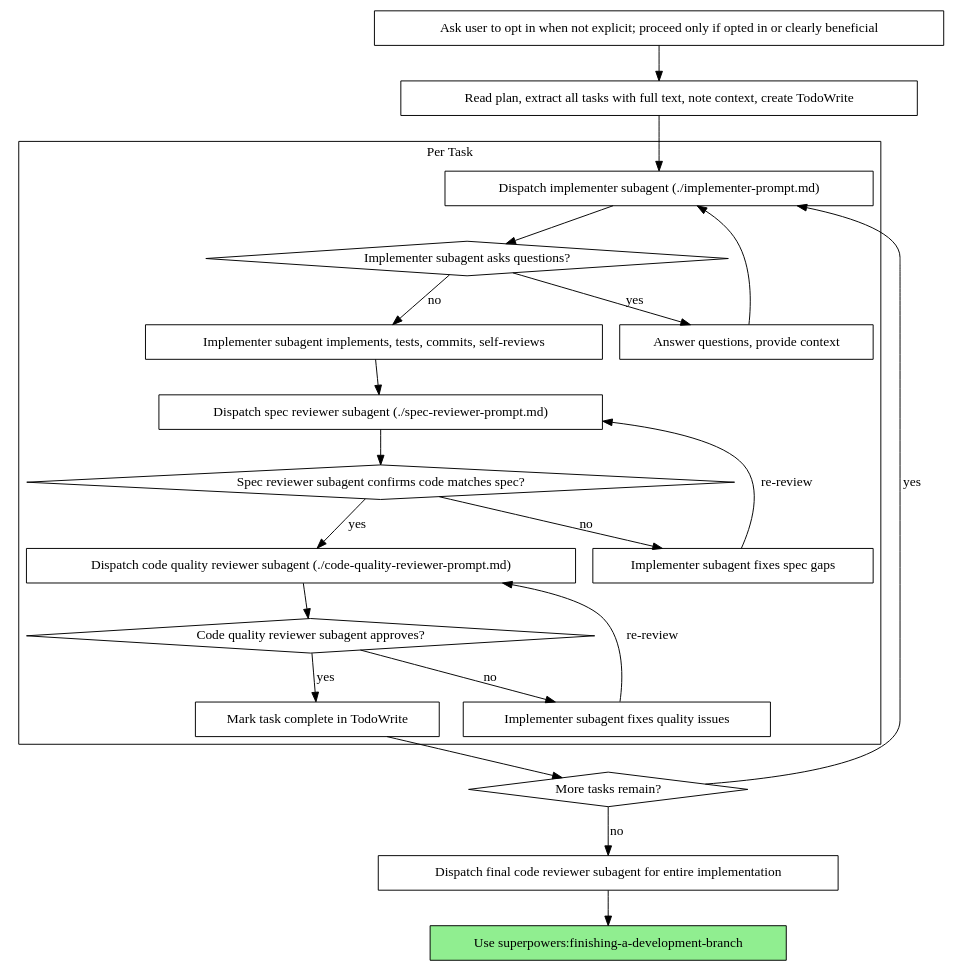
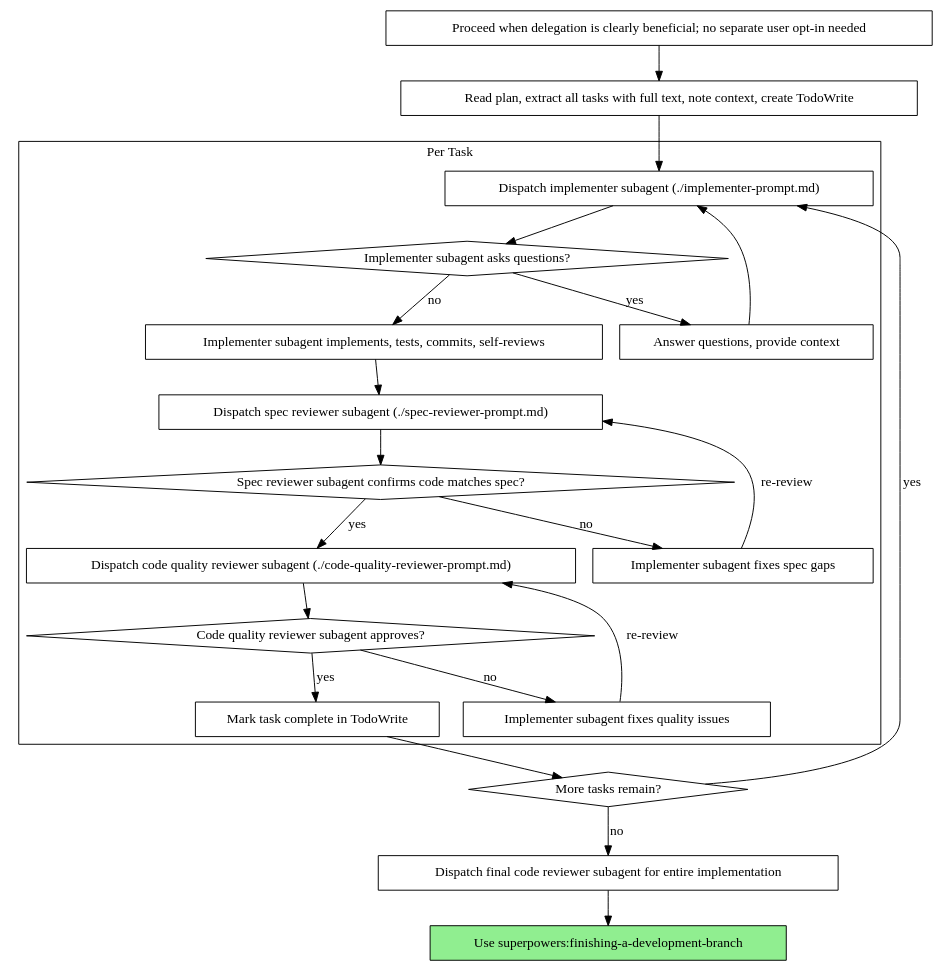
The second of 2 diagrams in skills/subagent-driven-development/SKILL.md (Ayagikei/superpowers), drawn with Graphviz before and after one commit. The commit also changed other lines of this file and 2 other files, not shown here.

````diff
--- a/skills/subagent-driven-development/SKILL.md
+++ b/skills/subagent-driven-development/SKILL.md
@@ -62,46 +62,46 @@
 ```dot
 digraph process {
     rankdir=TB;
 
     subgraph cluster_per_task {
         label="Per Task";
         "Dispatch implementer subagent (./implementer-prompt.md)" [shape=box];
         "Implementer subagent asks questions?" [shape=diamond];
         "Answer questions, provide context" [shape=box];
         "Implementer subagent implements, tests, commits, self-reviews" [shape=box];
         "Dispatch spec reviewer subagent (./spec-reviewer-prompt.md)" [shape=box];
         "Spec reviewer subagent confirms code matches spec?" [shape=diamond];
         "Implementer subagent fixes spec gaps" [shape=box];
         "Dispatch code quality reviewer subagent (./code-quality-reviewer-prompt.md)" [shape=box];
         "Code quality reviewer subagent approves?" [shape=diamond];
         "Implementer subagent fixes quality issues" [shape=box];
         "Mark task complete in TodoWrite" [shape=box];
     }
 
-    "Ask user to opt in when not explicit; proceed only if opted in or clearly beneficial" [shape=box];
+    "Proceed when delegation is clearly beneficial; no separate user opt-in needed" [shape=box];
     "Read plan, extract all tasks with full text, note context, create TodoWrite" [shape=box];
     "More tasks remain?" [shape=diamond];
     "Dispatch final code reviewer subagent for entire implementation" [shape=box];
     "Use superpowers:finishing-a-development-branch" [shape=box style=filled fillcolor=lightgreen];
 
-    "Ask user to opt in when not explicit; proceed only if opted in or clearly beneficial" -> "Read plan, extract all tasks with full text, note context, create TodoWrite";
+    "Proceed when delegation is clearly beneficial; no separate user opt-in needed" -> "Read plan, extract all tasks with full text, note context, create TodoWrite";
     "Read plan, extract all tasks with full text, note context, create TodoWrite" -> "Dispatch implementer subagent (./implementer-prompt.md)";
     "Dispatch implementer subagent (./implementer-prompt.md)" -> "Implementer subagent asks questions?";
     "Implementer subagent asks questions?" -> "Answer questions, provide context" [label="yes"];
     "Answer questions, provide context" -> "Dispatch implementer subagent (./implementer-prompt.md)";
     "Implementer subagent asks questions?" -> "Implementer subagent implements, tests, commits, self-reviews" [label="no"];
     "Implementer subagent implements, tests, commits, self-reviews" -> "Dispatch spec reviewer subagent (./spec-reviewer-prompt.md)";
     "Dispatch spec reviewer subagent (./spec-reviewer-prompt.md)" -> "Spec reviewer subagent confirms code matches spec?";
     "Spec reviewer subagent confirms code matches spec?" -> "Implementer subagent fixes spec gaps" [label="no"];
     "Implementer subagent fixes spec gaps" -> "Dispatch spec reviewer subagent (./spec-reviewer-prompt.md)" [label="re-review"];
     "Spec reviewer subagent confirms code matches spec?" -> "Dispatch code quality reviewer subagent (./code-quality-reviewer-prompt.md)" [label="yes"];
     "Dispatch code quality reviewer subagent (./code-quality-reviewer-prompt.md)" -> "Code quality reviewer subagent approves?";
     "Code quality reviewer subagent approves?" -> "Implementer subagent fixes quality issues" [label="no"];
     "Implementer subagent fixes quality issues" -> "Dispatch code quality reviewer subagent (./code-quality-reviewer-prompt.md)" [label="re-review"];
     "Code quality reviewer subagent approves?" -> "Mark task complete in TodoWrite" [label="yes"];
     "Mark task complete in TodoWrite" -> "More tasks remain?";
     "More tasks remain?" -> "Dispatch implementer subagent (./implementer-prompt.md)" [label="yes"];
     "More tasks remain?" -> "Dispatch final code reviewer subagent for entire implementation" [label="no"];
     "Dispatch final code reviewer subagent for entire implementation" -> "Use superpowers:finishing-a-development-branch";
 }
 ```
````
